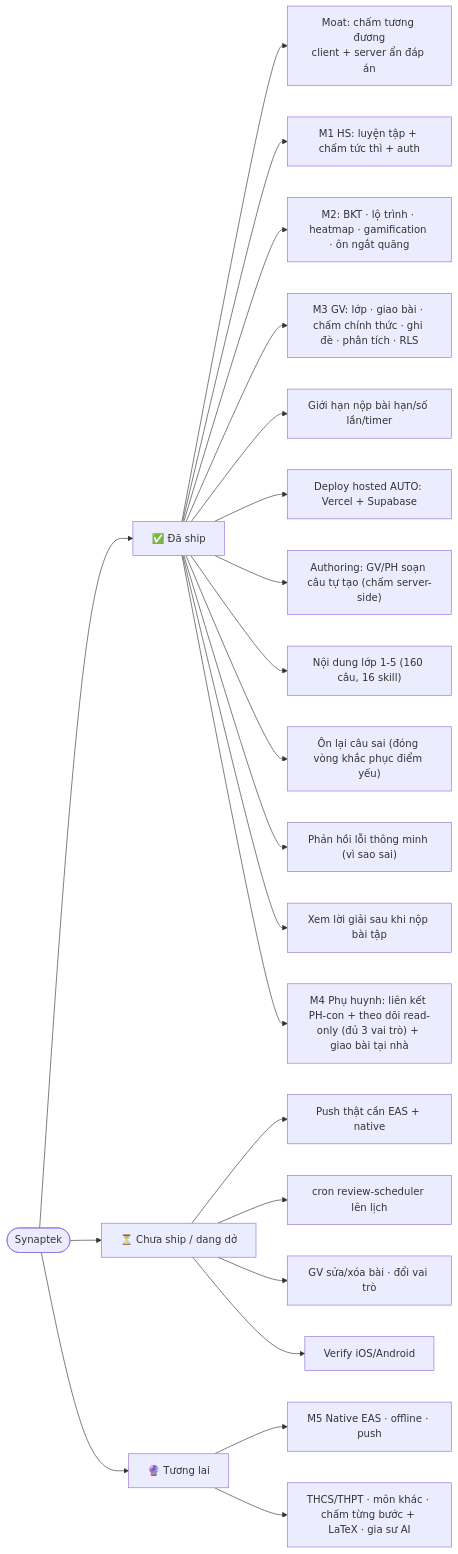
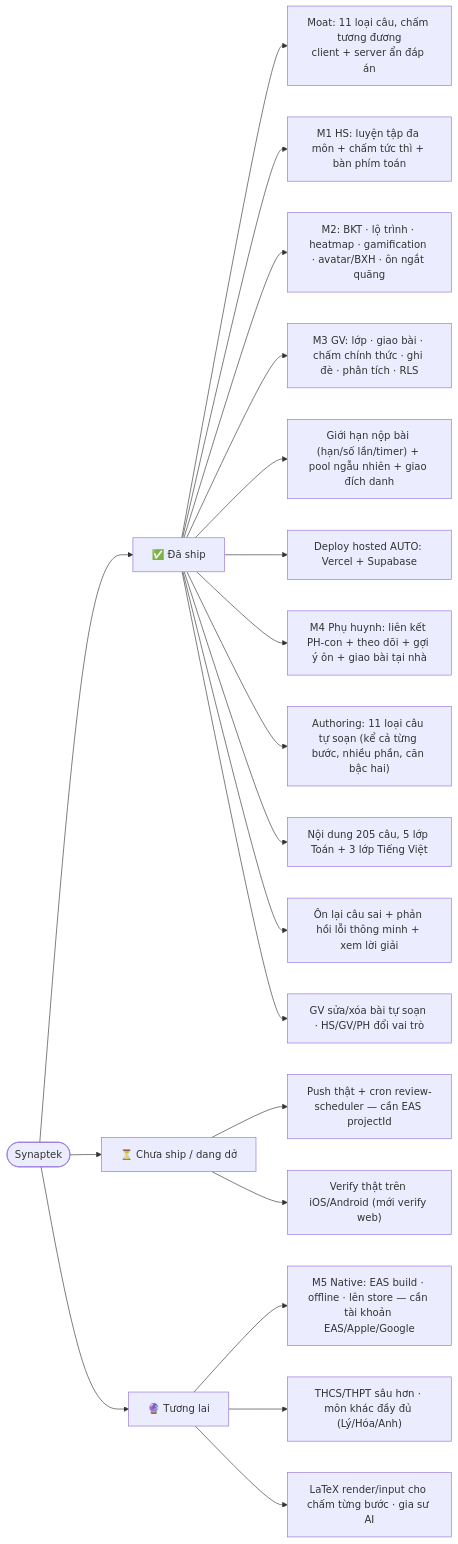
Before and after one commit to hoanghainh1188/synaptek: the second of 2 diagrams in docs/FEATURE-MAP.md, drawn with Mermaid. The commit also changed other lines of this file and 2 other files, not shown here.

First line of the commit message:
docs: dọn tài liệu lỗi thời (feature map, step-grading, working-notes) (#73)

````diff
--- a/docs/FEATURE-MAP.md
+++ b/docs/FEATURE-MAP.md
@@ -63,28 +53,26 @@
 ```mermaid
 flowchart LR
   S([Synaptek])
   S --> SHIPPED["✅ Đã ship"]
   S --> WIP["⏳ Chưa ship / dang dở"]
   S --> FUTURE["🔮 Tương lai"]
 
-  SHIPPED --> A1["Moat: chấm tương đương<br/>client + server ẩn đáp án"]
-  SHIPPED --> A2["M1 HS: luyện tập + chấm tức thì + auth"]
-  SHIPPED --> A3["M2: BKT · lộ trình · heatmap · gamification · ôn ngắt quãng"]
+  SHIPPED --> A1["Moat: 11 loại câu, chấm tương đương<br/>client + server ẩn đáp án"]
+  SHIPPED --> A2["M1 HS: luyện tập đa môn + chấm tức thì + bàn phím toán"]
+  SHIPPED --> A3["M2: BKT · lộ trình · heatmap · gamification · avatar/BXH · ôn ngắt quãng"]
   SHIPPED --> A4["M3 GV: lớp · giao bài · chấm chính thức · ghi đè · phân tích · RLS"]
-  SHIPPED --> A5["Giới hạn nộp bài hạn/số lần/timer"]
+  SHIPPED --> A5["Giới hạn nộp bài (hạn/số lần/timer) + pool ngẫu nhiên + giao đích danh"]
   SHIPPED --> A6["Deploy hosted AUTO: Vercel + Supabase"]
+  SHIPPED --> A7["M4 Phụ huynh: liên kết PH-con + theo dõi + gợi ý ôn + giao bài tại nhà"]
+  SHIPPED --> A8["Authoring: 11 loại câu tự soạn (kể cả từng bước, nhiều phần, căn bậc hai)"]
+  SHIPPED --> A9["Nội dung 205 câu, 5 lớp Toán + 3 lớp Tiếng Việt"]
+  SHIPPED --> A10["Ôn lại câu sai + phản hồi lỗi thông minh + xem lời giải"]
+  SHIPPED --> A11["GV sửa/xóa bài tự soạn · HS/GV/PH đổi vai trò"]
 
-  WIP --> B1["Push thật cần EAS + native"]
-  WIP --> B2["cron review-scheduler lên lịch"]
-  WIP --> B3["GV sửa/xóa bài · đổi vai trò"]
-  SHIPPED --> A8["Authoring: GV/PH soạn câu tự tạo (chấm server-side)"]
-  SHIPPED --> A9["Nội dung lớp 1-5 (160 câu, 16 skill)"]
-  SHIPPED --> A10["Ôn lại câu sai (đóng vòng khắc phục điểm yếu)"]
-  SHIPPED --> A11["Phản hồi lỗi thông minh (vì sao sai)"]
-  SHIPPED --> A12["Xem lời giải sau khi nộp bài tập"]
-  WIP --> B5["Verify iOS/Android"]
+  WIP --> B1["Push thật + cron review-scheduler — cần EAS projectId"]
+  WIP --> B2["Verify thật trên iOS/Android (mới verify web)"]
 
-  SHIPPED --> A7["M4 Phụ huynh: liên kết PH-con + theo dõi read-only (đủ 3 vai trò) + giao bài tại nhà"]
-  FUTURE --> C2["M5 Native EAS · offline · push"]
-  FUTURE --> C3["THCS/THPT · môn khác · chấm từng bước + LaTeX · gia sư AI"]
+  FUTURE --> C1["M5 Native: EAS build · offline · lên store — cần tài khoản EAS/Apple/Google"]
+  FUTURE --> C2["THCS/THPT sâu hơn · môn khác đầy đủ (Lý/Hóa/Anh)"]
+  FUTURE --> C3["LaTeX render/input cho chấm từng bước · gia sư AI"]
 ```
````
